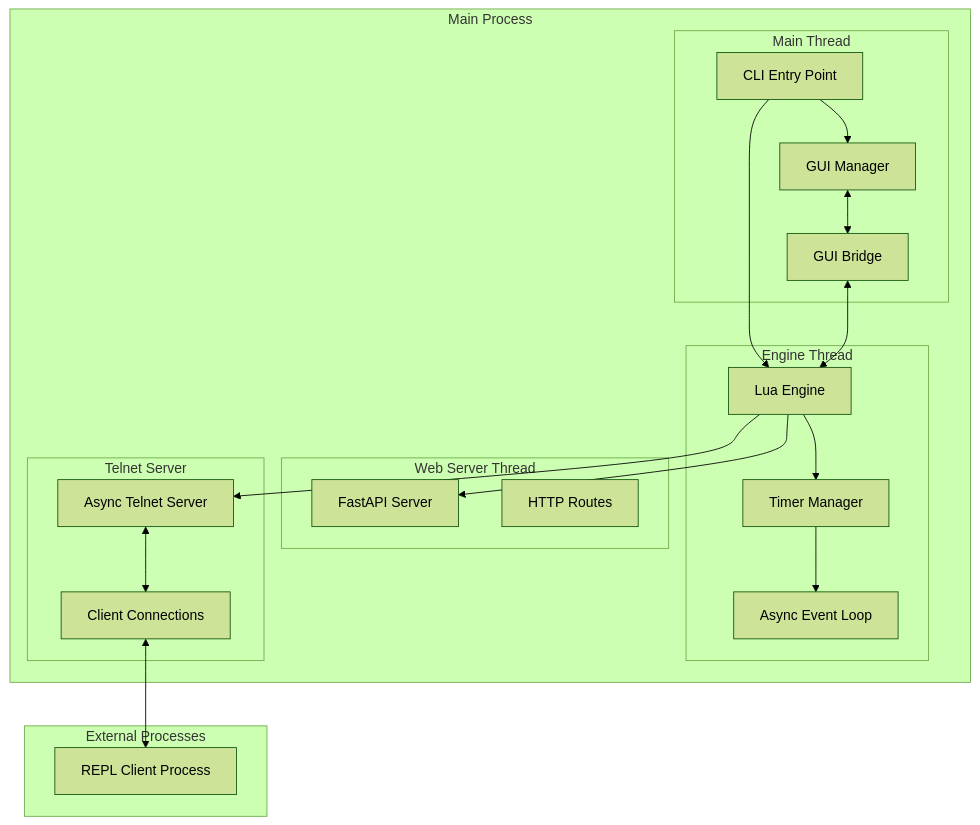
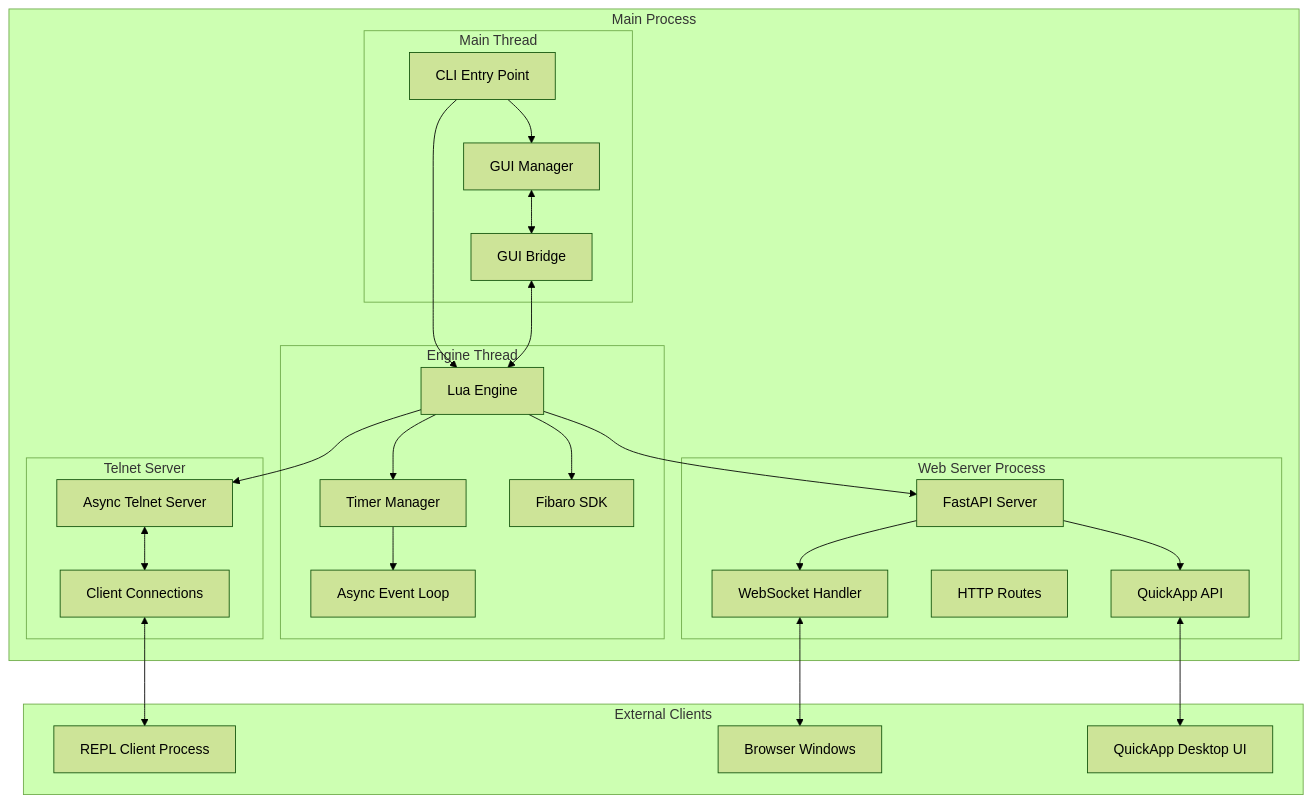
Before and after one commit to jangabrielsson/eplua: the first of 18 diagrams in ARCHITECTURE.md, drawn with Mermaid (forest theme). The commit also changed other lines of this file and 9 other files, not shown here.

First line of the commit message:
Remove obsolete test scripts and enhance QuickApp project initialization

````diff
--- a/ARCHITECTURE.md
+++ b/ARCHITECTURE.md
@@ -19,41 +20,51 @@
 ```mermaid
 graph TB
     subgraph "Main Process"
         subgraph "Main Thread"
             CLI[CLI Entry Point]
             GUI[GUI Manager]
             GUI_BRIDGE[GUI Bridge]
         end
         
         subgraph "Engine Thread"
             LUA_ENGINE[Lua Engine]
             TIMER_MGR[Timer Manager]
             ASYNC_LOOP[Async Event Loop]
+            FIBARO_SDK[Fibaro SDK]
         end
         
-        subgraph "Web Server Thread"
+        subgraph "Web Server Process"
             FASTAPI[FastAPI Server]
+            WEBSOCKET[WebSocket Handler]
             WEB_ROUTES[HTTP Routes]
+            QUICKAPP_API[QuickApp API]
         end
         
         subgraph "Telnet Server"
             TELNET[Async Telnet Server]
             TELNET_CLIENTS[Client Connections]
         end
     end
     
-    subgraph "External Processes"
+    subgraph "External Clients"
         REPL_CLIENT[REPL Client Process]
+        BROWSER[Browser Windows]
+        QUICKAPP_UI[QuickApp Desktop UI]
     end
     
     CLI --> GUI
     CLI --> LUA_ENGINE
     GUI <--> GUI_BRIDGE
     GUI_BRIDGE <--> LUA_ENGINE
     LUA_ENGINE --> TIMER_MGR
+    LUA_ENGINE --> FIBARO_SDK
     TIMER_MGR --> ASYNC_LOOP
     LUA_ENGINE --> FASTAPI
     LUA_ENGINE --> TELNET
+    FASTAPI --> WEBSOCKET
+    FASTAPI --> QUICKAPP_API
     TELNET <--> TELNET_CLIENTS
     TELNET_CLIENTS <--> REPL_CLIENT
+    WEBSOCKET <--> BROWSER
+    QUICKAPP_API <--> QUICKAPP_UI
 ```
````
